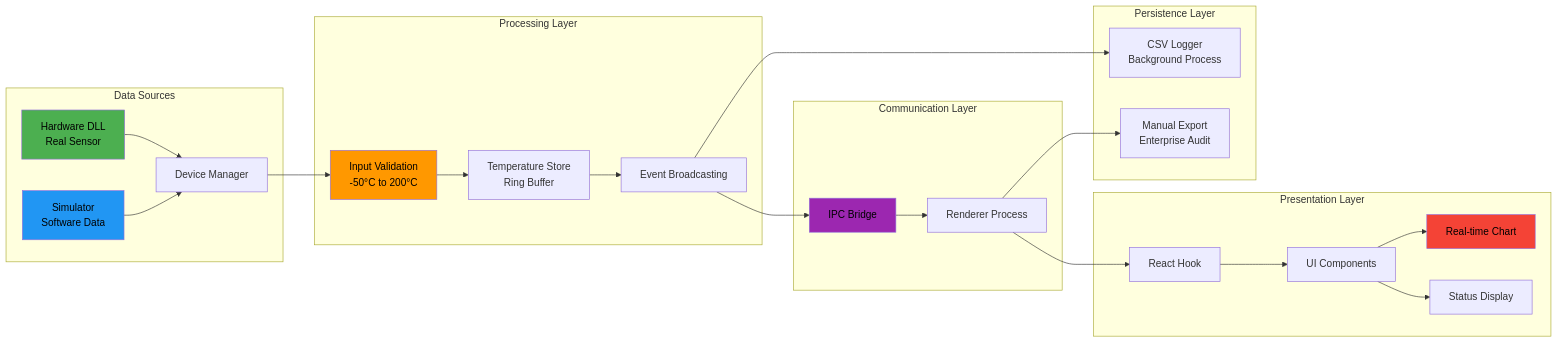
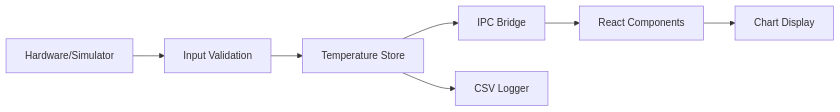
The second of 3 diagrams in docs/SYSTEM_ARCHITECTURE.md (Interlaken0/temperature-plotter), drawn with Mermaid before and after one commit. The commit also changed other lines of this file and 7 other files, not shown here.

````diff
--- a/docs/SYSTEM_ARCHITECTURE.md
+++ b/docs/SYSTEM_ARCHITECTURE.md
@@ -135,36 +58,10 @@
 ```mermaid
 flowchart LR
-    subgraph "Data Sources"
-        A[Hardware DLL<br/>Real Sensor] --> D[Device Manager]
-        B[Simulator<br/>Software Data] --> D
-    end
+    A[Hardware/Simulator] --> B[Input Validation]
+    B --> C[Temperature Store]
+    C --> D[IPC Bridge]
+    D --> E[React Components]
+    E --> F[Chart Display]
     
-    subgraph "Processing Layer"
-        D --> E[Input Validation<br/>-50°C to 200°C]
-        E --> F[Temperature Store<br/>Ring Buffer]
-        F --> G[Event Broadcasting]
-    end
-    
-    subgraph "Communication Layer"
-        G --> H[IPC Bridge]
-        H --> I[Renderer Process]
-    end
-    
-    subgraph "Presentation Layer"
-        I --> J[React Hook]
-        J --> K[UI Components]
-        K --> L[Real-time Chart]
-        K --> M[Status Display]
-    end
-    
-    subgraph "Persistence Layer"
-        G --> N[CSV Logger<br/>Background Process]
-        I --> O[Manual Export<br/>Enterprise Audit]
-    end
-    
-    style A fill:#4caf50,color:#000000
-    style B fill:#2196f3,color:#000000
-    style E fill:#ff9800,color:#000000
-    style H fill:#9c27b0,color:#000000
-    style L fill:#f44336,color:#000000
+    C --> G[CSV Logger]
 ```
````
